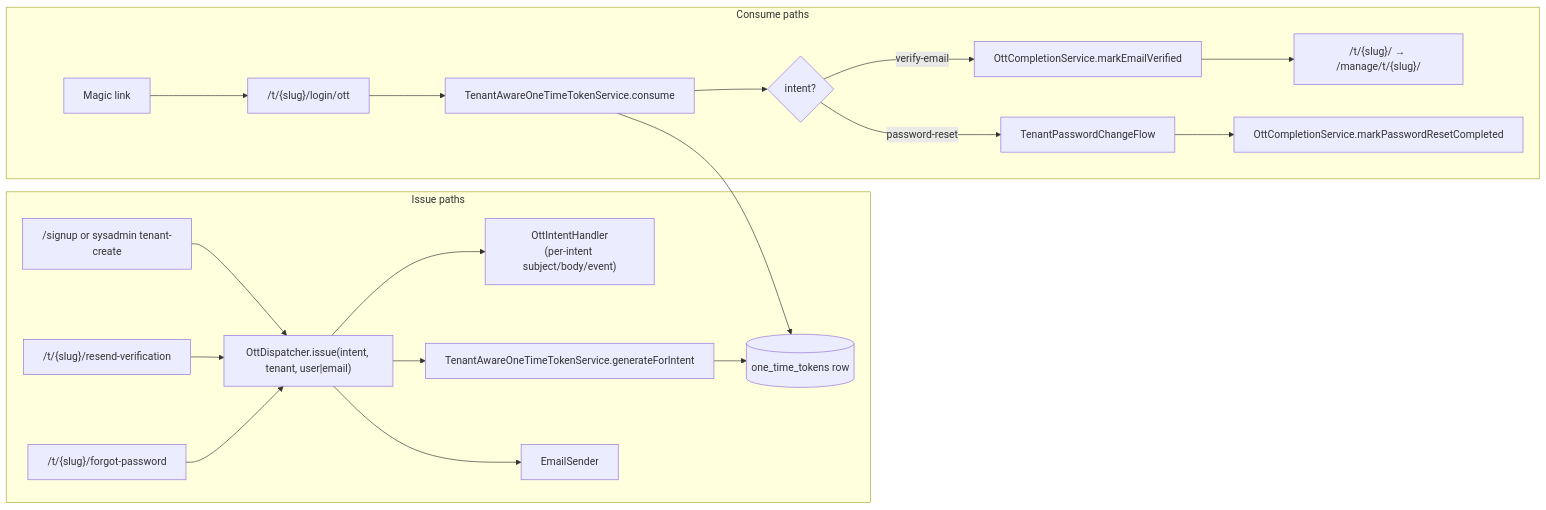
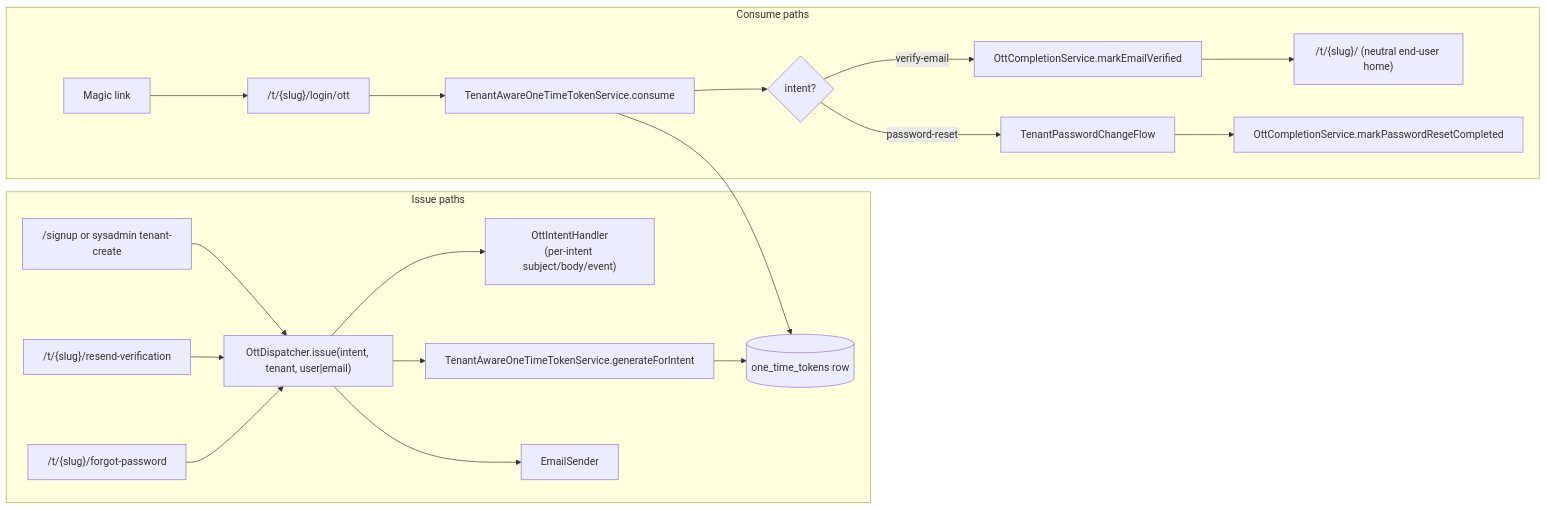
The sixth of 8 diagrams in docs/reference/architecture.md (stucray/limen), drawn with Mermaid before and after one commit. The commit also changed other lines of this file and 14 other files, not shown here.

First line of the commit message:
fix(enduser): render neutral end-user home instead of bouncing to /manage (#327) (#331)

````diff
--- a/docs/reference/architecture.md
+++ b/docs/reference/architecture.md
@@ -365,21 +365,21 @@
 ```mermaid
 flowchart LR
     subgraph "Issue paths"
       SU["/signup or sysadmin tenant-create"] --> DISP["OttDispatcher.issue(intent, tenant, user|email)"]
       RV["/t/{slug}/resend-verification"] --> DISP
       FP["/t/{slug}/forgot-password"] --> DISP
       DISP --> H["OttIntentHandler<br/>(per-intent subject/body/event)"]
       DISP --> SVC[TenantAwareOneTimeTokenService.generateForIntent]
       SVC --> ROW[(one_time_tokens row)]
       DISP --> ES[EmailSender]
     end
     subgraph "Consume paths"
       LINK[Magic link] --> SUB["/t/{slug}/login/ott"]
       SUB --> CON[TenantAwareOneTimeTokenService.consume]
       CON --> ROW
       CON --> CHECK{intent?}
-      CHECK -->|verify-email| MV[OttCompletionService.markEmailVerified] --> HOME["/t/{slug}/ → /manage/t/{slug}/"]
+      CHECK -->|verify-email| MV[OttCompletionService.markEmailVerified] --> HOME["/t/{slug}/ (neutral end-user home)"]
       CHECK -->|password-reset| TPCF[TenantPasswordChangeFlow]
       TPCF --> RC[OttCompletionService.markPasswordResetCompleted]
     end
 ```
````
